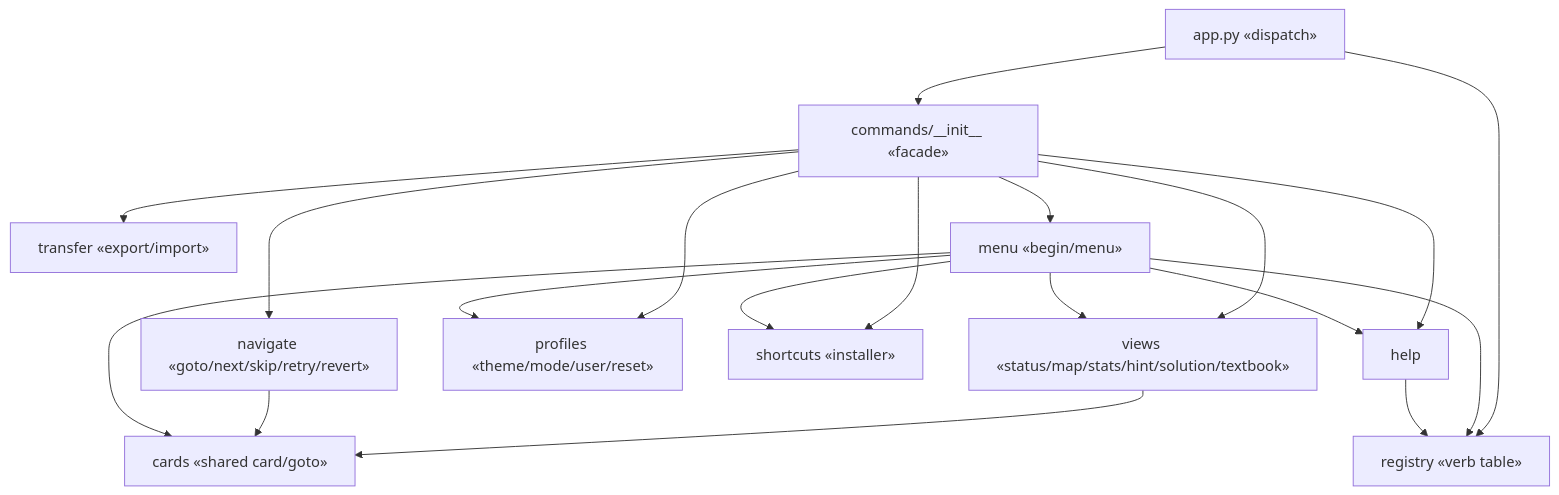
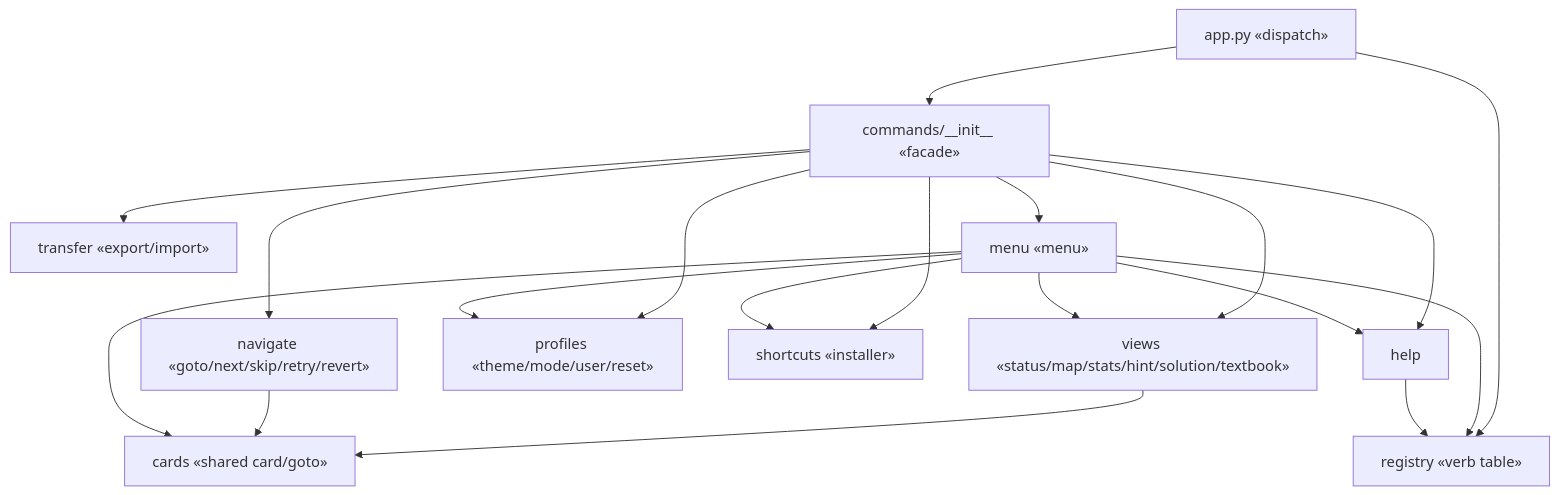
One commit to N041M/PyQuest changed the first of 4 diagrams in docs/architecture/commands.md. Above: the diagram before and after it, drawn with Mermaid. The commit also changed other lines of this file and 23 other files, not shown here.

Commit message:
Remove begin (use menu); split next (needs solve) from skip (forced advance)

````diff
--- a/docs/architecture/commands.md
+++ b/docs/architecture/commands.md
@@ -8,21 +8,21 @@
 ```mermaid
 flowchart TB
     app["app.py «dispatch»"] --> registry["registry «verb table»"]
     app --> init["commands/__init__ «facade»"]
     init --> views["views «status/map/stats/hint/solution/textbook»"]
     init --> nav["navigate «goto/next/skip/retry/revert»"]
     init --> profiles["profiles «theme/mode/user/reset»"]
     init --> transfer["transfer «export/import»"]
     init --> shortcuts["shortcuts «installer»"]
-    init --> menu["menu «begin/menu»"]
+    init --> menu["menu «menu»"]
     init --> help["help"]
     views --> cards["cards «shared card/goto»"]
     nav --> cards
     menu --> cards
     menu --> profiles
     menu --> shortcuts
     menu --> views
     menu --> help
     menu --> registry
     help --> registry
 ```
````
